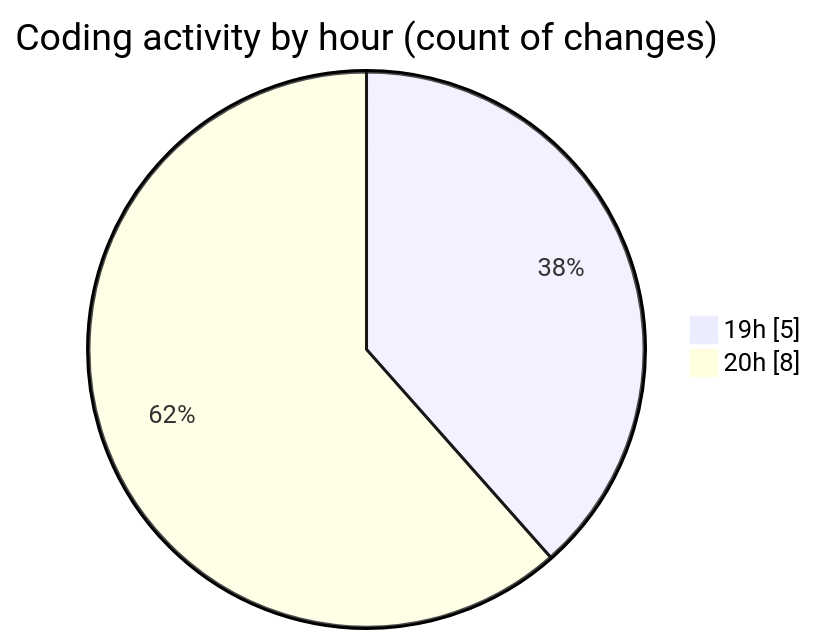
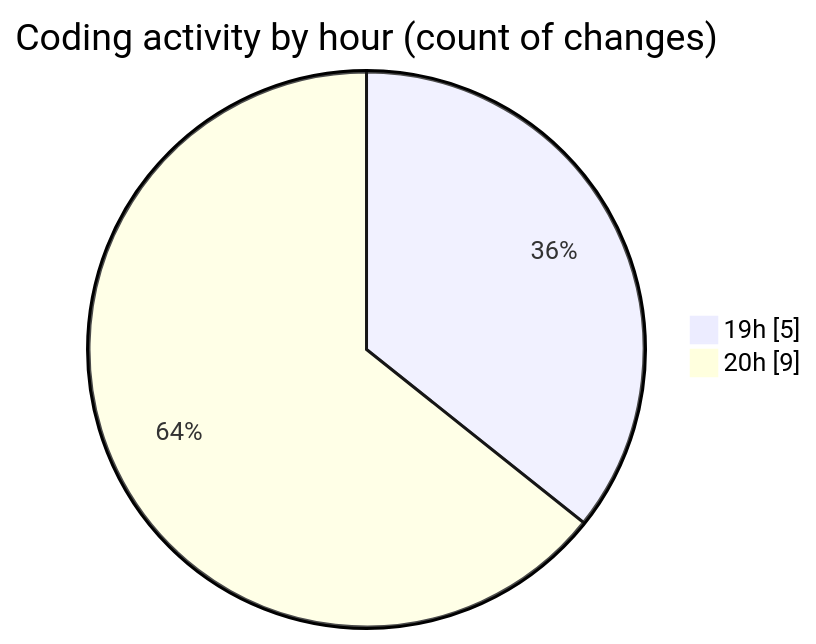
The second of 2 diagrams in 2025-02-19/micros/README.md (charlie-sans/code-tracking), drawn with Mermaid before and after one commit. The commit also changed other lines of this file and 1 other file, not shown here.

````diff
--- a/2025-02-19/micros/README.md
+++ b/2025-02-19/micros/README.md
@@ -36,6 +37,6 @@
 ```mermaid
 pie showData
 title Coding activity by hour (count of changes)
 "19h" : 5
-"20h" : 8
+"20h" : 9
 ```
````
